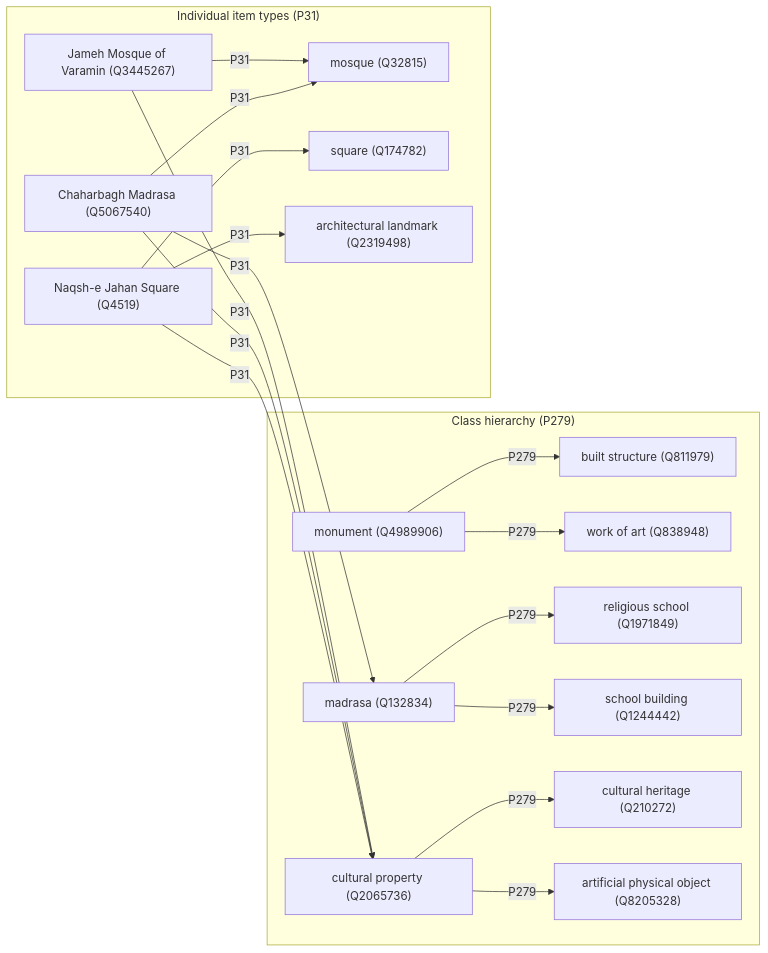
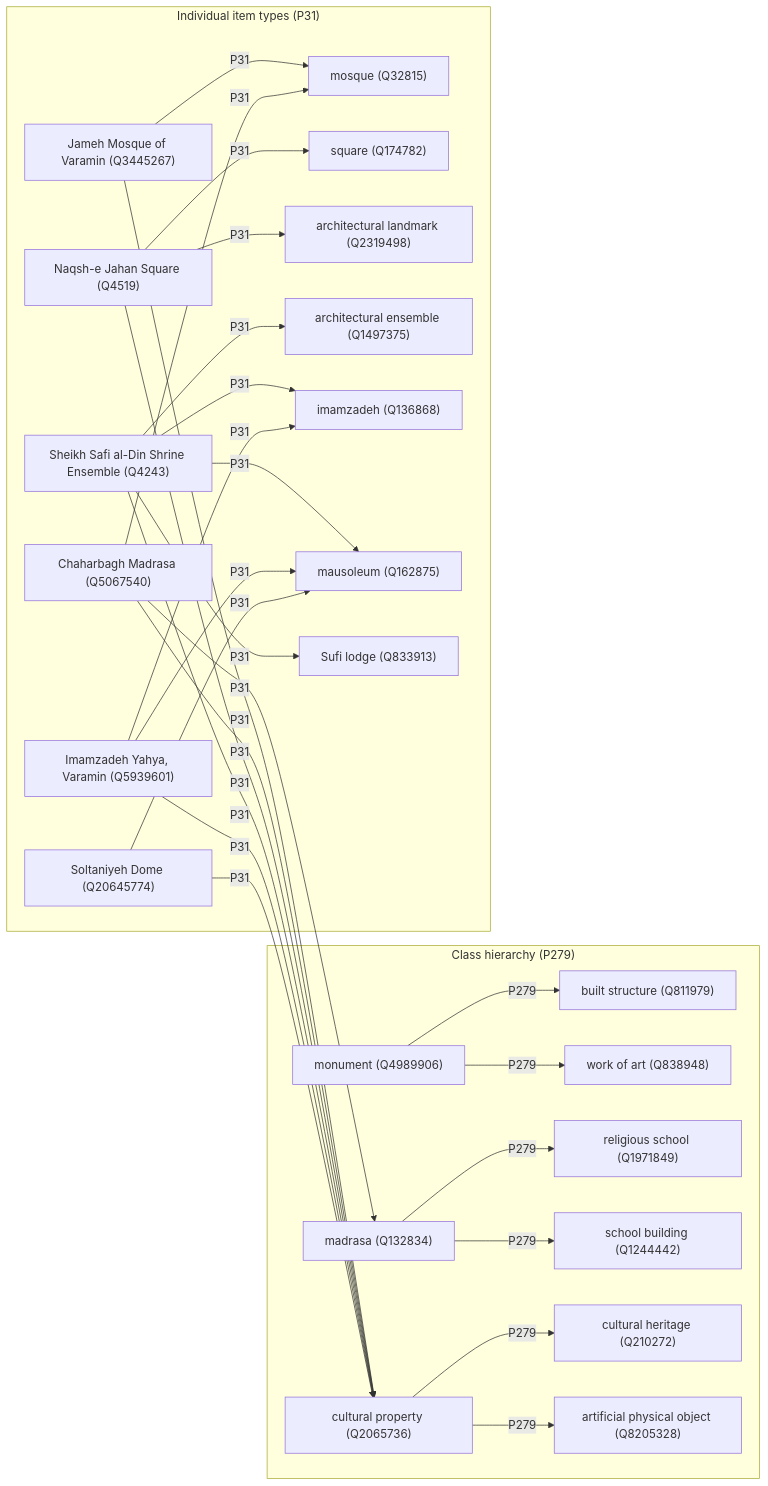
The first of 2 diagrams in wikidata/Wikidata_Persian_Architecture_Authority_Report.md (MehranDHN/persarch), drawn with Mermaid before and after one commit. The commit also changed other lines of this file, not shown here.

````diff
--- a/wikidata/Wikidata_Persian_Architecture_Authority_Report.md
+++ b/wikidata/Wikidata_Persian_Architecture_Authority_Report.md
@@ -101,22 +108,32 @@
 ```mermaid
 flowchart LR
     subgraph Class_hierarchy["Class hierarchy (P279)"]
         monument["monument (Q4989906)"] -->|P279| built["built structure (Q811979)"]
         monument -->|P279| artwork["work of art (Q838948)"]
         madrasa["madrasa (Q132834)"] -->|P279| religiousSchool["religious school (Q1971849)"]
         madrasa -->|P279| schoolBuilding["school building (Q1244442)"]
         culturalProperty["cultural property (Q2065736)"] -->|P279| culturalHeritage["cultural heritage (Q210272)"]
         culturalProperty -->|P279| artificialObject["artificial physical object (Q8205328)"]
     end
 
     subgraph Item_types["Individual item types (P31)"]
         varamin["Jameh Mosque of Varamin (Q3445267)"] -->|P31| mosque["mosque (Q32815)"]
         varamin -->|P31| culturalProperty
         chaharbagh["Chaharbagh Madrasa (Q5067540)"] -->|P31| madrasa
         chaharbagh -->|P31| mosque
         chaharbagh -->|P31| culturalProperty
         naqsh["Naqsh-e Jahan Square (Q4519)"] -->|P31| square["square (Q174782)"]
         naqsh -->|P31| culturalProperty
         naqsh -->|P31| landmark["architectural landmark (Q2319498)"]
+        safi["Sheikh Safi al-Din Shrine Ensemble (Q4243)"] -->|P31| ensemble["architectural ensemble (Q1497375)"]
+        safi -->|P31| imamzadeh["imamzadeh (Q136868)"]
+        safi -->|P31| mausoleum["mausoleum (Q162875)"]
+        safi -->|P31| sufiLodge["Sufi lodge (Q833913)"]
+        safi -->|P31| culturalProperty
+        yahya["Imamzadeh Yahya, Varamin (Q5939601)"] -->|P31| imamzadeh
+        yahya -->|P31| mausoleum
+        yahya -->|P31| culturalProperty
+        soltaniyeh["Soltaniyeh Dome (Q20645774)"] -->|P31| mausoleum
+        soltaniyeh -->|P31| culturalProperty
     end
 ```
````
